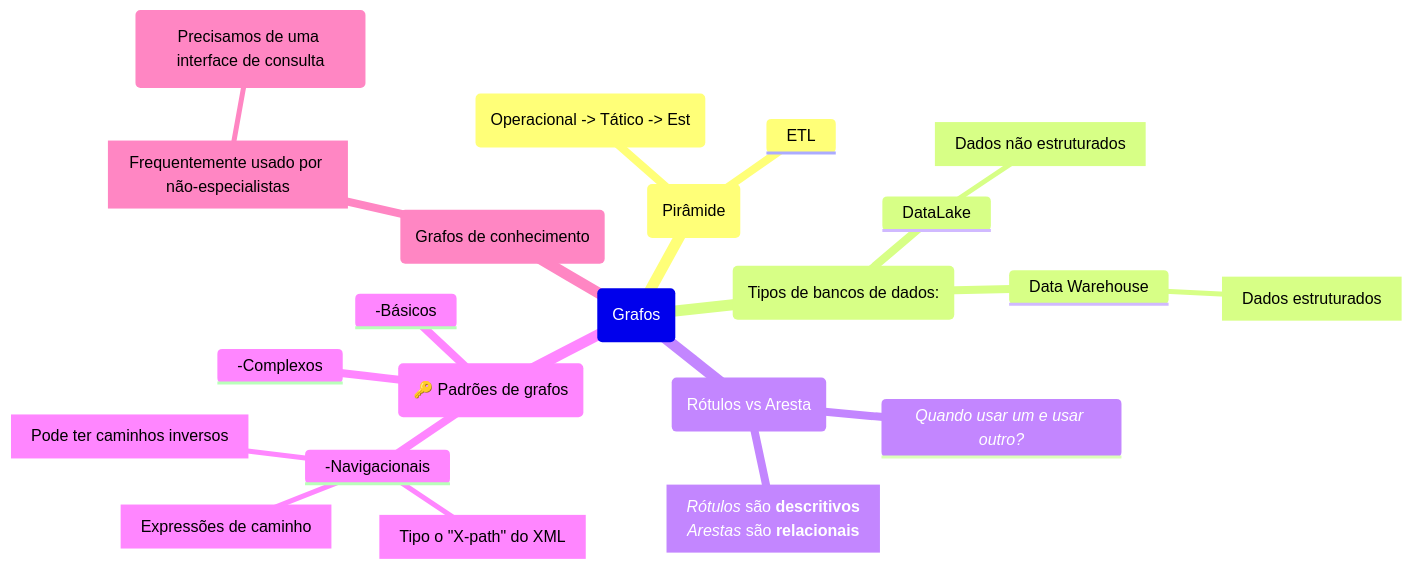
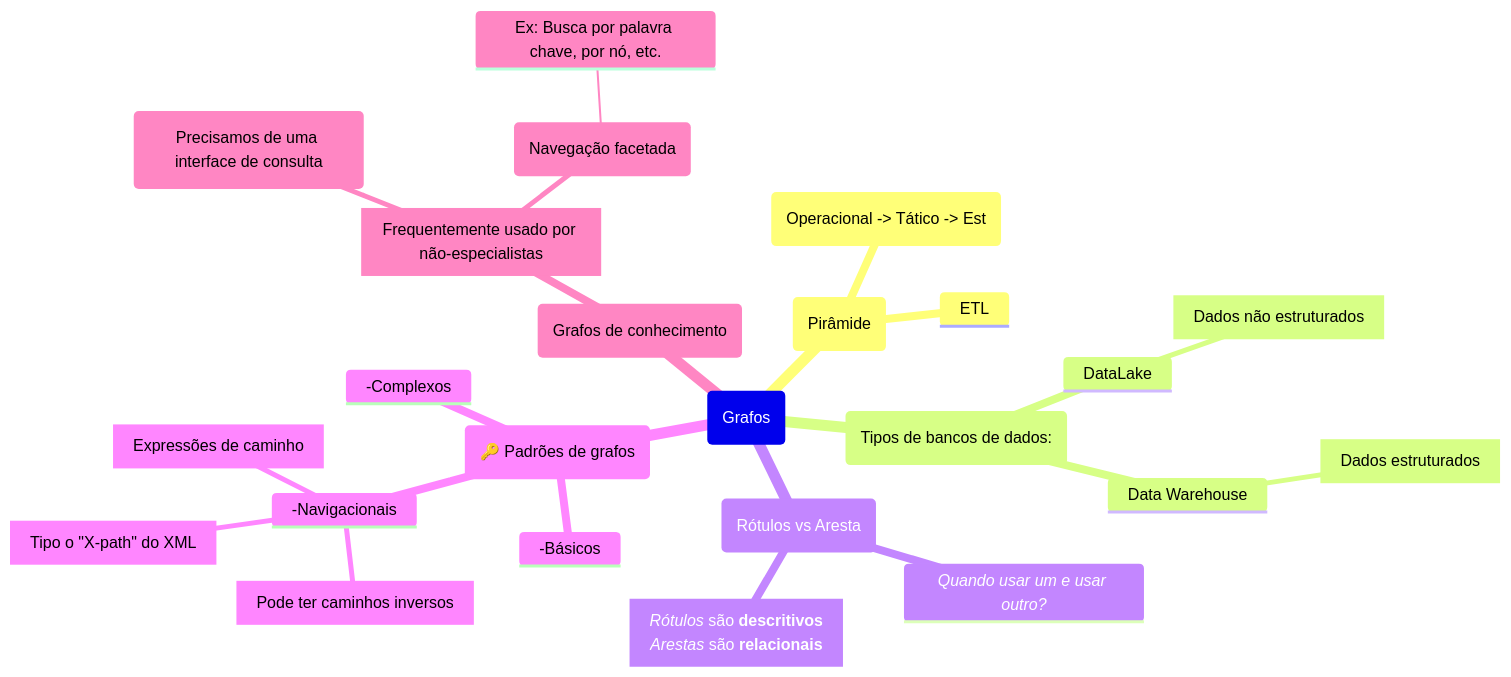
Before and after one commit to Igorino/joplin-notes: the diagram in Mestrado/Segundo Semestre/SIN5033 - Grafos de conhecimento e Ontologias/Anotações/De Aulas/Aula do dia 2026 04 08.md, drawn with Mermaid.

Commit message:
Exported on 2026-04-08_16-06-51

````diff
--- a/Mestrado/Segundo Semestre/SIN5033 - Grafos de conhecimento e Ontologias/Anotações/De Aulas/Aula do dia 2026 04 08.md
+++ b/Mestrado/Segundo Semestre/SIN5033 - Grafos de conhecimento e Ontologias/Anotações/De Aulas/Aula do dia 2026 04 08.md
@@ -1,34 +1,35 @@
 ```mermaid
 mindmap
 	Root(Grafos)
 		(Pirâmide)
 			("Operacional -> Tático -> Est")
 			ETL
 
 		(Tipos de bancos de dados:)		
 			DataLake
 				[Dados não estruturados]
 			Data Warehouse
 				[Dados estruturados]
 
 		(Rótulos vs Aresta)
 			*Quando usar um e usar outro?*
 			[*Rótulos* são **descritivos**
 			*Arestas* são **relacionais**]
 
 		(🔑 Padrões de grafos)
 			-Básicos
 			-Complexos
 			-Navigacionais
 				[Tipo o "X-path" do XML]
 				["Expressões de caminho"]
 				[Pode ter caminhos inversos]
 
 		(Grafos de conhecimento)
 			[Frequentemente usado por não-especialistas]
 				(Precisamos de uma interface de consulta)
-				
+				(Navegação facetada)
+					Ex: Busca por palavra chave, por nó, etc.
 
 
 			
 ```
````
